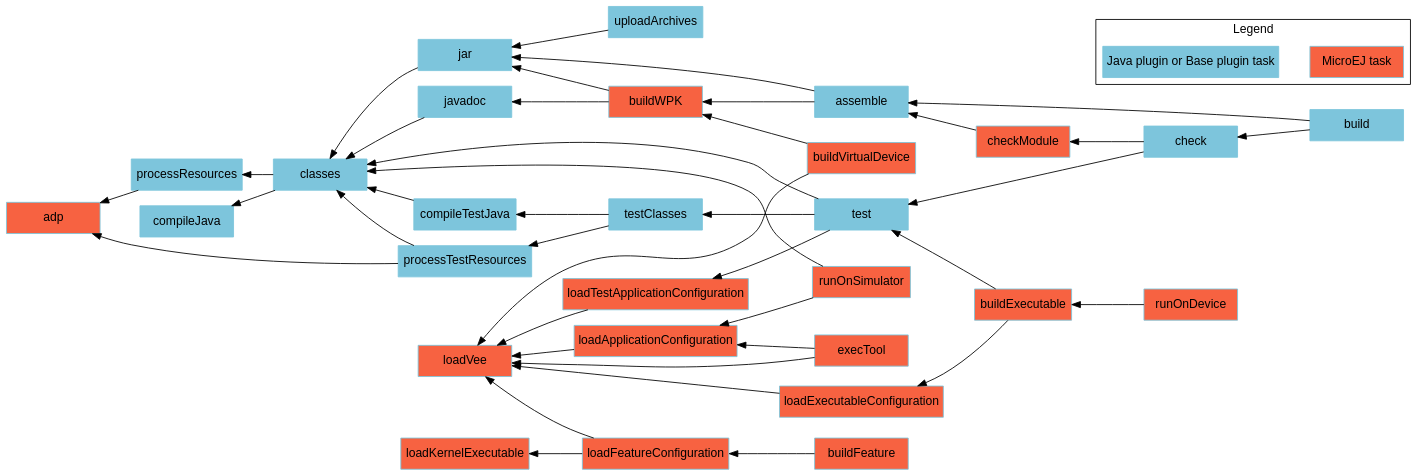
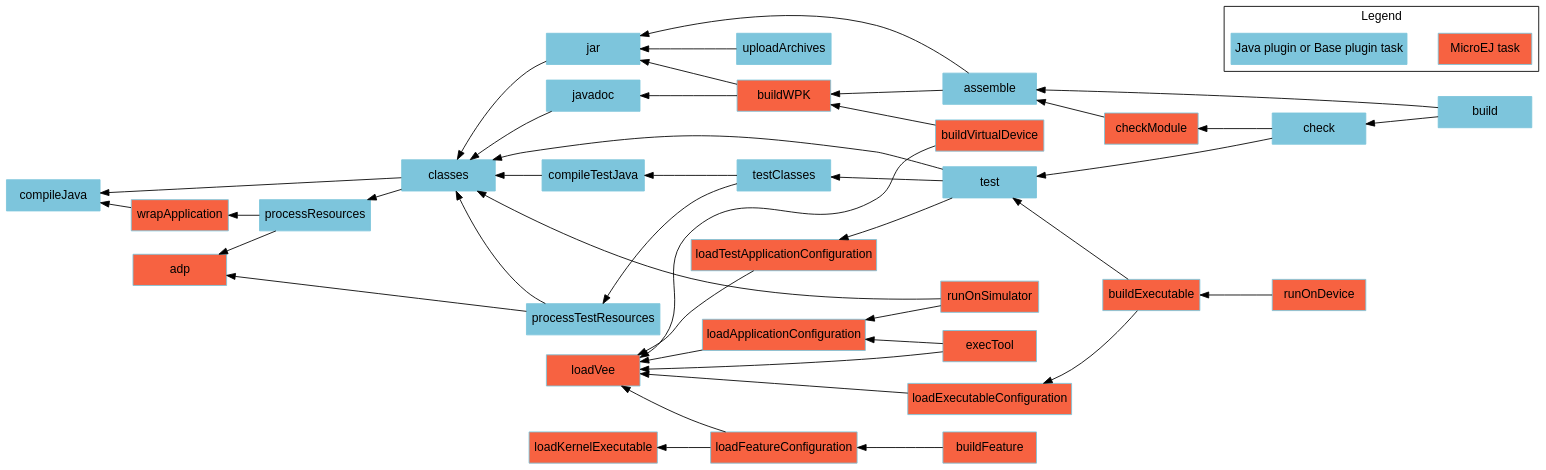
Before and after one commit to MicroEJ/docs: the diagram in SDK6UserGuide/graphApplicationModule.dot, drawn with Graphviz. The commit also changed 13 other files, not shown here.

```diff
--- a/SDK6UserGuide/graphApplicationModule.dot
+++ b/SDK6UserGuide/graphApplicationModule.dot
@@ -1,74 +1,77 @@
 digraph mygraph {
     rankdir="RL";
     bgcolor="transparent"
     fontname="Helvetica,Arial,sans-serif"
     node [
         shape = box
         width = 1.5
         color = "#7dc5dc"
         style = filled
         fontname="Helvetica,Arial,sans-serif"
     ]
     edge [fontname="Helvetica,Arial,sans-serif"]
     "adp" [fillcolor = "#f76241"]
     "checkModule" [fillcolor = "#f76241"]
     "loadKernelExecutable" [fillcolor = "#f76241"]
     "loadVee" [fillcolor = "#f76241"]
     "loadApplicationConfiguration" [fillcolor = "#f76241"]
     "loadExecutableConfiguration" [fillcolor = "#f76241"] 
     "loadFeatureConfiguration" [fillcolor = "#f76241"]
     "loadTestApplicationConfiguration" [fillcolor = "#f76241"]
     "runOnSimulator" [fillcolor = "#f76241"]
     "buildWPK" [fillcolor = "#f76241"]
     "buildExecutable" [fillcolor = "#f76241"]
     "buildVirtualDevice" [fillcolor = "#f76241"]
     "buildFeature" [fillcolor = "#f76241"]
     "runOnDevice" [fillcolor = "#f76241"]
     "execTool" [fillcolor = "#f76241"]
+    "wrapApplication" [fillcolor = "#f76241"]
     "build" -> "check"
     "check" -> "test"
     "test" -> "classes"
     "test" -> "testClasses"
     "test" -> "loadTestApplicationConfiguration"
     "testClasses" -> "compileTestJava"
     "testClasses" -> "processTestResources"
     "loadTestApplicationConfiguration" -> "loadVee"
     "processResources" -> "adp"
     "processTestResources" -> "adp"
     "processTestResources" -> "classes"
     "compileTestJava" -> "classes"
     "javadoc" -> "classes"
     "classes" -> "compileJava"
     "classes" -> "processResources"
     "build" -> "assemble"
     "assemble" -> "jar"
     "assemble" -> "buildWPK"
     "uploadArchives" -> "jar"
     "jar" -> "classes"
     "runOnSimulator" -> "classes"
     "runOnSimulator" -> "loadApplicationConfiguration"
     "loadApplicationConfiguration" -> "loadVee"
     "checkModule" -> "assemble"
     "check" -> "checkModule"
     "buildWPK" -> "jar"
     "buildWPK" -> "javadoc"
     "buildExecutable" -> "test"
     "buildExecutable" -> "loadExecutableConfiguration"
     "loadExecutableConfiguration" -> "loadVee"
     "buildVirtualDevice" -> "loadVee"
     "buildVirtualDevice" -> "buildWPK"
     "buildFeature" -> "loadFeatureConfiguration"
     "loadFeatureConfiguration" -> "loadKernelExecutable"
     "loadFeatureConfiguration" -> "loadVee"
     "runOnDevice" -> "buildExecutable"
     "execTool" -> "loadApplicationConfiguration"
     "execTool" -> "loadVee"
-
+    "processResources" -> "wrapApplication"
+    "wrapApplication" -> "compileJava"
+    
     subgraph cluster_legend {
         label="Legend";
         microej [fillcolor="#f76241" label="MicroEJ task"];
         java [fillcolor="#7dc5dc" label="Java plugin or Base plugin task"];
         microej -> java [style=invis];
         java -> microej [style=invis];
     }
 }
```
